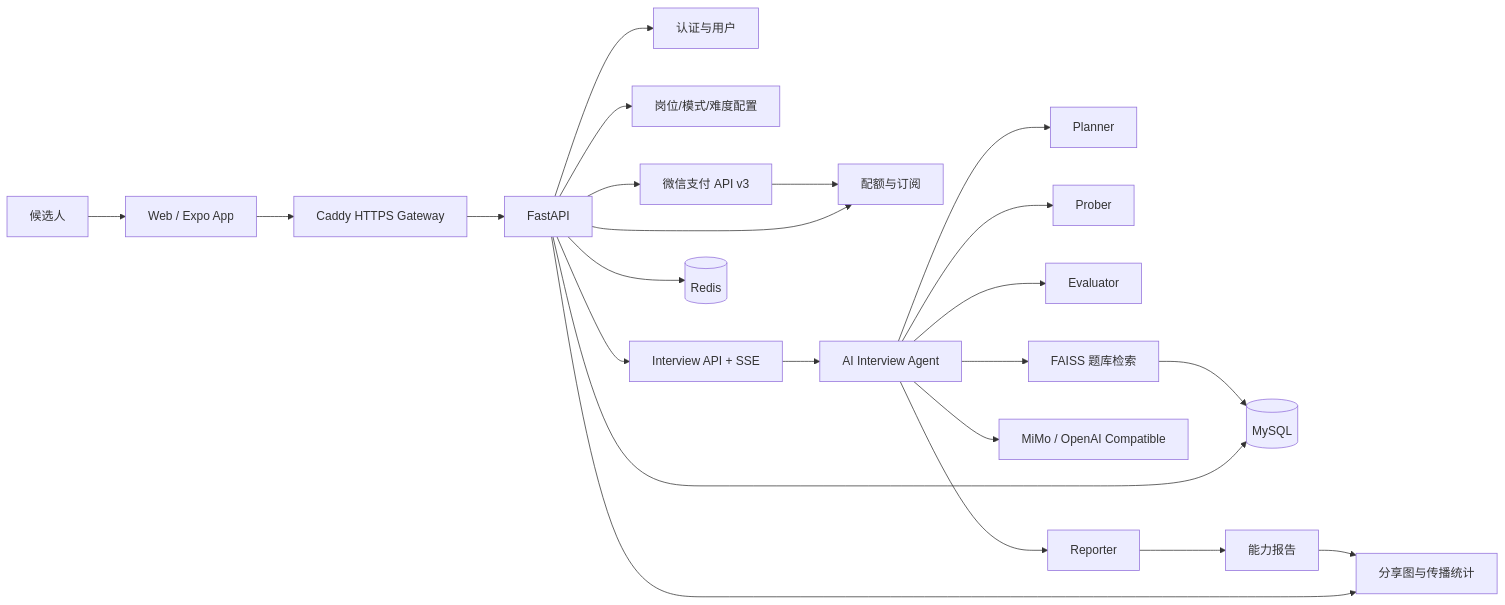
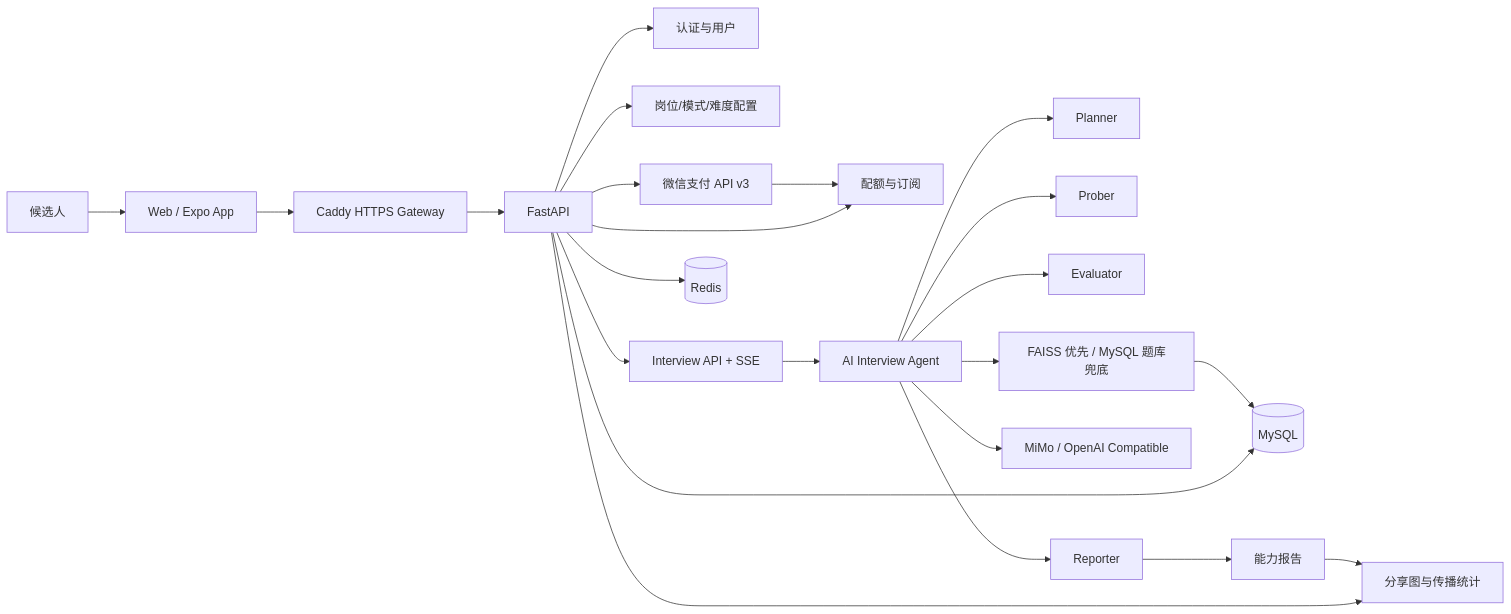
Before and after one commit to 3163635853-rgb/Probe: the first of 6 diagrams in doc/implementation/END_TO_END_CHAIN.md, drawn with Mermaid. The commit also changed other lines of this file and 57 other files, not shown here.

Commit message:
feat: complete product flows and release readiness

````diff
--- a/doc/implementation/END_TO_END_CHAIN.md
+++ b/doc/implementation/END_TO_END_CHAIN.md
@@ -46,29 +46,29 @@
 ```mermaid
 flowchart LR
     U[候选人] --> C[Web / Expo App]
     C --> G[Caddy HTTPS Gateway]
     G --> A[FastAPI]
 
     A --> AUTH[认证与用户]
     A --> CFG[岗位/模式/难度配置]
     A --> Q[配额与订阅]
     A --> I[Interview API + SSE]
     A --> PAY[微信支付 API v3]
     A --> SHARE[分享图与传播统计]
 
     I --> AGENT[AI Interview Agent]
     AGENT --> P1[Planner]
     AGENT --> P2[Prober]
     AGENT --> P3[Evaluator]
     AGENT --> P4[Reporter]
 
     AGENT --> LLM[MiMo / OpenAI Compatible]
-    AGENT --> K[FAISS 题库检索]
+    AGENT --> K[FAISS 优先 / MySQL 题库兜底]
     A --> MYSQL[(MySQL)]
     A --> REDIS[(Redis)]
     K --> MYSQL
 
     P4 --> R[能力报告]
     R --> SHARE
     PAY --> Q
 ```
````
